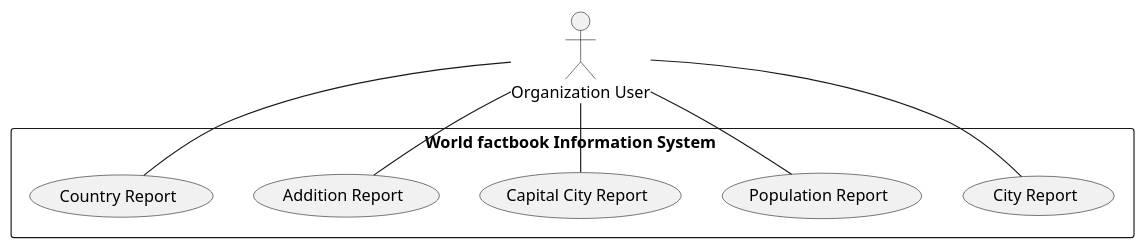
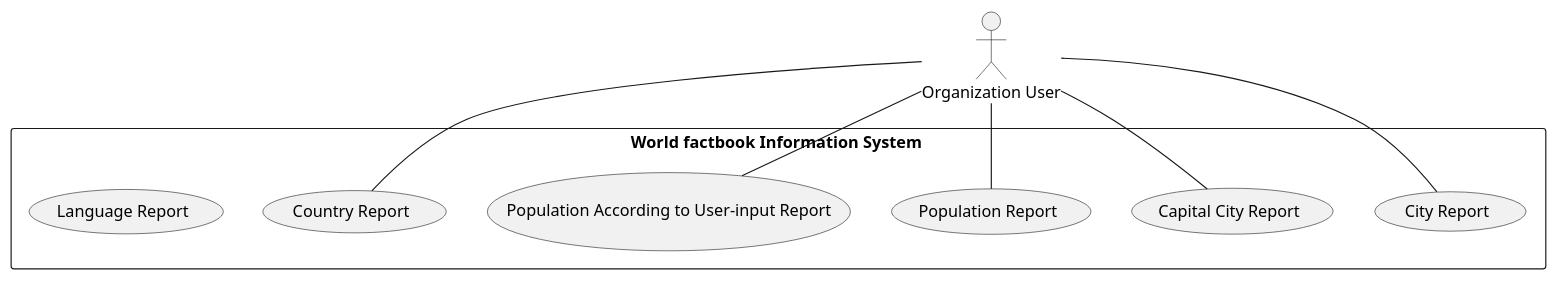
One commit to EinGyinMoe/Group3 changed the diagram in use-cases/World FactBook Info.puml. Above: the diagram before and after it, drawn with PlantUML. The commit also changed 18 other files, not shown here.

```diff
--- a/use-cases/World FactBook Info.puml
+++ b/use-cases/World FactBook Info.puml
@@ -1,72 +1,73 @@
 @startuml
 'Start PlantUML
 'Use Cases using in DevOps help to solve the problems and improve performance of the system.
 
 actor user as "Organization User"
 
 'Defined the system using rectangles
 
 'rectangle Database
 
 rectangle "World factbook Information System " {
     usecase UC1 as "Country Report"
     usecase UC2 as "City Report"
-    usecase UC3 as "Population Report"
-    usecase UC4 as "Capital City Report"
-    usecase UC5 as "Addition Report"
+    usecase UC3 as "Capital City Report"
+    usecase UC4 as "Population Report"
+    usecase UC5 as "Population According to User-input Report"
+    usecase UC6 as "Language Report"
 
 
 
 '    usecase UCa as "Print all information"
 
 'To provide a name for usecases (use case UC1 as use case 1)
 
     user--UC1
     user - UC2
     user - UC3
     user - UC4
 '    UC4 ..> UCa : include
 '    UC4 - Database
     user - UC5
 '    UC5 ..> UCa : include
 '    UC5 - Database
 '    user - UC6
 ''    UC6 ..> UCa : include
 ''    UC6 - Database
 '    user - UC7
 ''    UC7 ..> UCa : include
 ''    UC7 - Database
 '    user - UC8
 ''    UC8 ..> UCa : include
 ''    UC8 - Database
 '    user - UC9
 ''    UC9 ..> UCa : include
 ''    UC9 - Database
 '    user - UC10
 ''    UC10 ..> UCa : include
 ''    UC10 - Database
 '    user - UC11
 ''    UC11 ..> UCa : include
 ''    UC11 - Database
 '    user - UC12
 ''    UC12 ..> UCa : include
 ''    UC12 - Database
 '    user - UC13
 ''    UC13 ..> UCa : include
 ''    UC13 - Database
 '    user - UC14
 ''    UC14 ..> UCa : include
 ''    UC14 - Database
 '    user - UC15
 ''    UC15 ..> UCa : include
 ''    UC15 - Database
 '    user - UC16
 ''    UC16 ..> UCa : include
 ''    UC16 - Database
 '    user - UC17
 ''    UC17 ..> UCa : include
 ''    UC17 - Database
 
 }
 'End PlantUML
 @enduml
```
